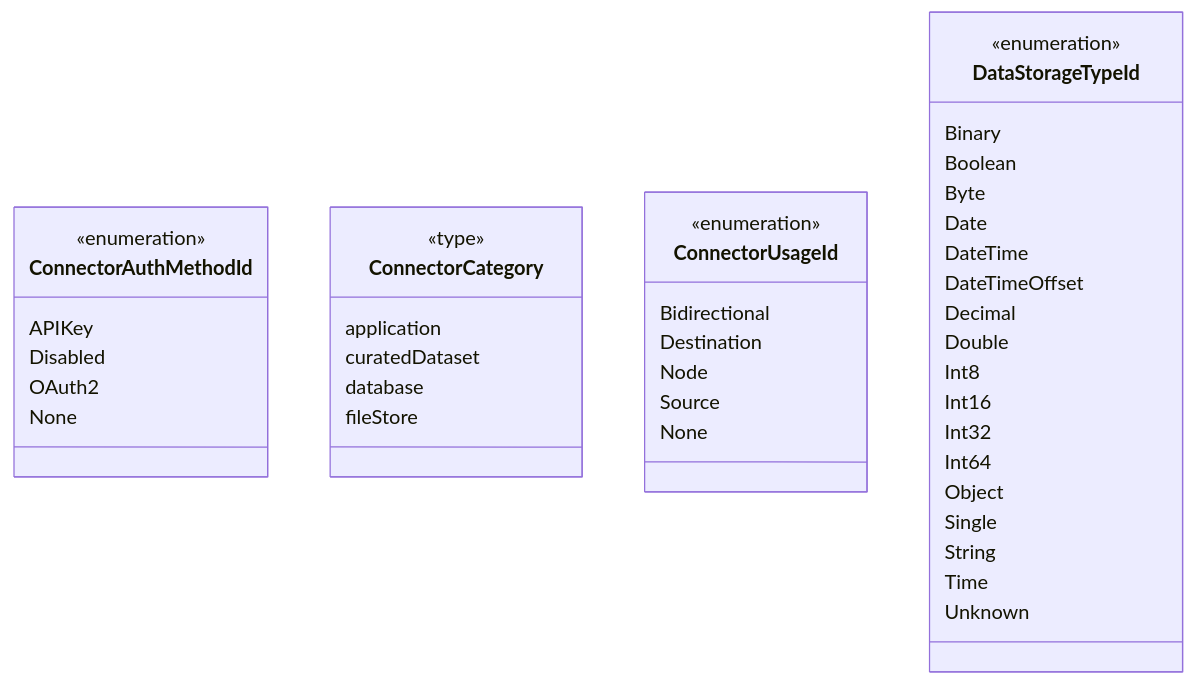
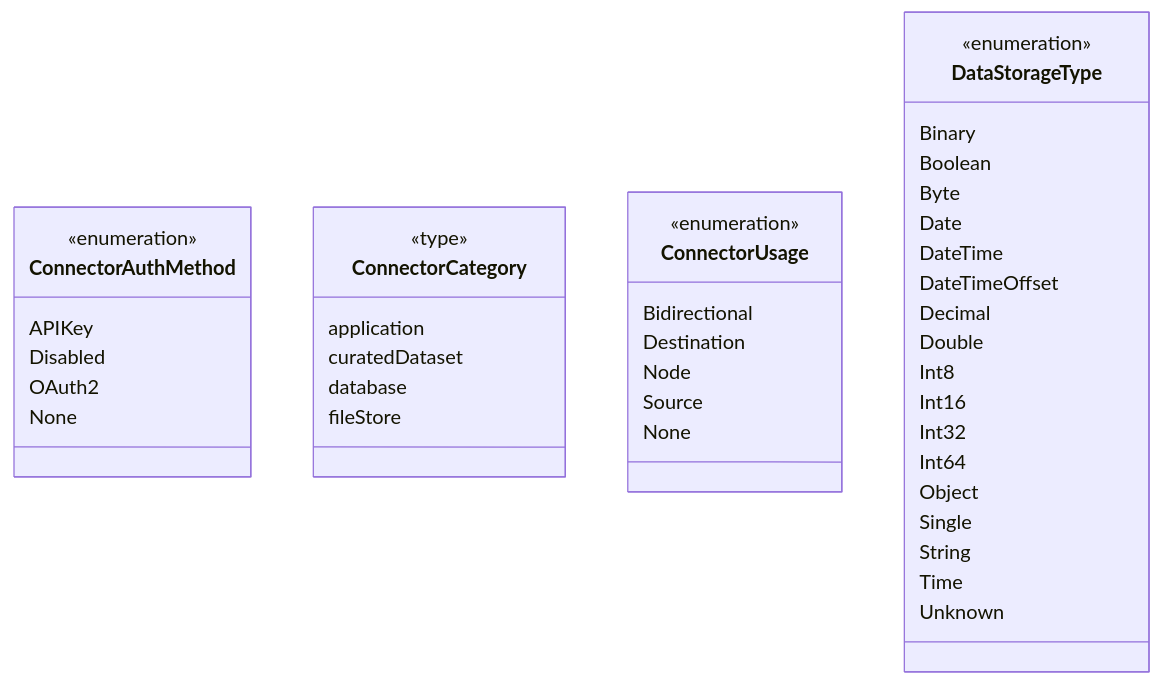
One commit to data-positioning/datapos-shared changed the fifth of 14 diagrams in README.md. Above: the diagram before and after it, drawn with Mermaid. The commit also changed other lines of this file and 4 other files, not shown here.

````diff
--- a/README.md
+++ b/README.md
@@ -174,50 +174,50 @@
 ```mermaid
 classDiagram
     direction TB
 
-    class ConnectorAuthMethodId {
+    class ConnectorAuthMethod {
         <<enumeration>>
         APIKey
         Disabled
         OAuth2
         None
     }
 
     class ConnectorCategory {
         <<type>>
         application
         curatedDataset
         database
         fileStore
     }
 
-    class ConnectorUsageId {
+    class ConnectorUsage {
         <<enumeration>>
         Bidirectional
         Destination
         Node
         Source
         None
     }
 
-    class DataStorageTypeId {
+    class DataStorageType {
         <<enumeration>>
         Binary
         Boolean
         Byte
         Date
         DateTime
         DateTimeOffset
         Decimal
         Double
         Int8
         Int16
         Int32
         Int64
         Object
         Single
         String
         Time
         Unknown
     }
 ```
````
